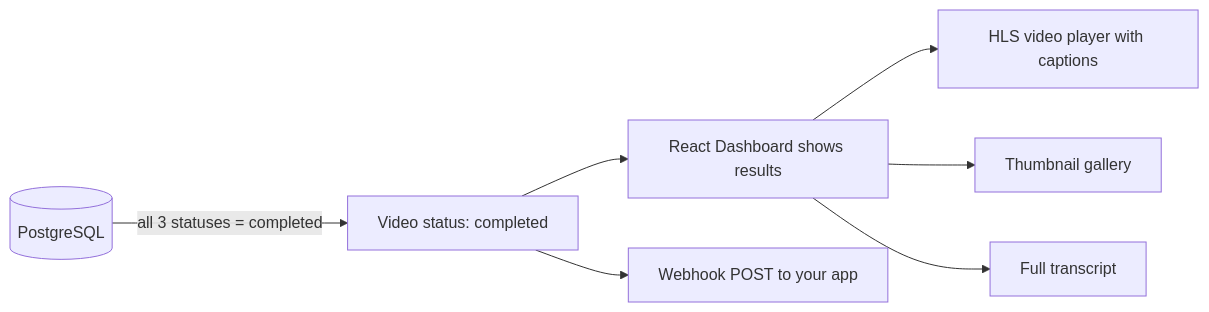
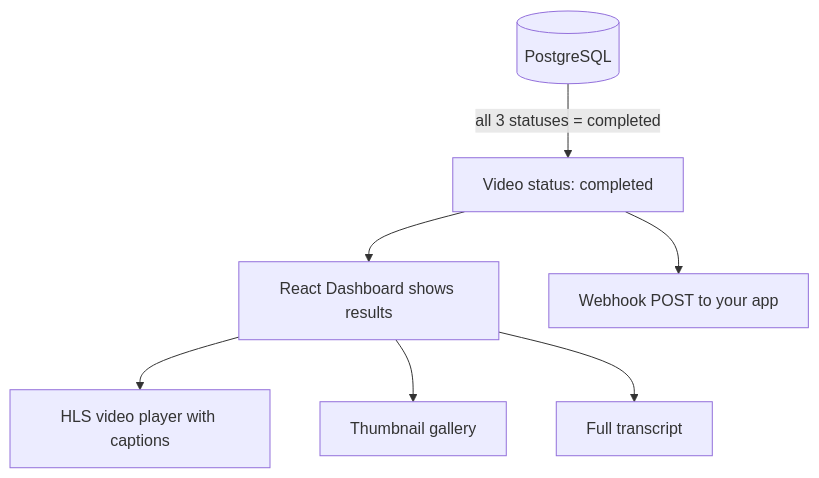
Before and after one commit to Nixxx19/vidpipe: the fourth of 5 diagrams in README.md, drawn with Mermaid. The commit also changed other lines of this file, not shown here.

Commit message:
vertical diagrams

````diff
--- a/README.md
+++ b/README.md
@@ -100,9 +91,9 @@
 ```mermaid
-flowchart LR
+flowchart TD
     A[(PostgreSQL)] -->|all 3 statuses = completed| B[Video status: completed]
     B --> C[React Dashboard shows results]
     B --> D[Webhook POST to your app]
     C --> E[HLS video player with captions]
     C --> F[Thumbnail gallery]
     C --> G[Full transcript]
 ```
````
